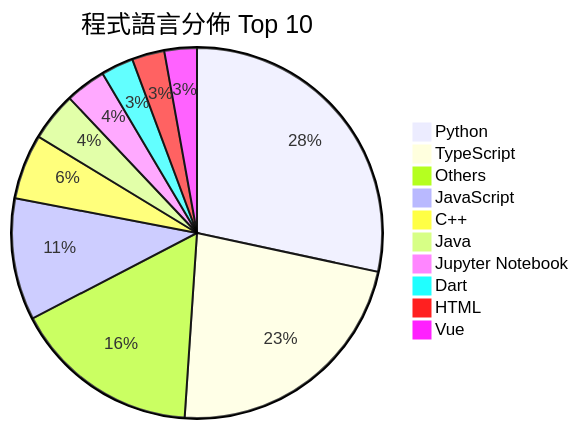
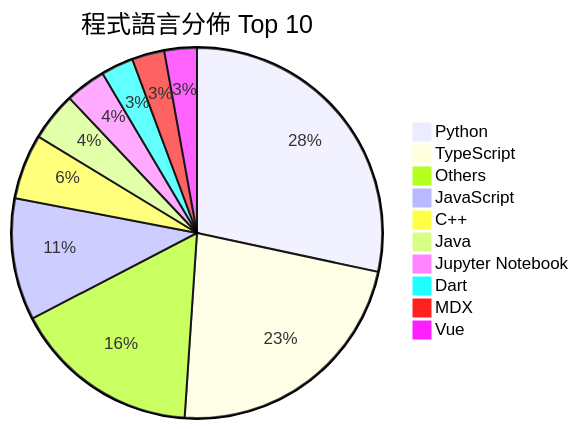
One commit to Andy87877/GitHub-Star-Manager changed the second of 2 diagrams in README.md. Above: the diagram before and after it, drawn with Mermaid. The commit also changed other lines of this file and 3 other files, not shown here.

````diff
--- a/README.md
+++ b/README.md
@@ -27,13 +27,13 @@
 ```mermaid
 pie title 程式語言分佈 Top 10
     "Python" : 40
     "TypeScript" : 32
     "Others" : 23
     "JavaScript" : 15
     "C++" : 8
     "Java" : 6
     "Jupyter Notebook" : 5
     "Dart" : 4
-    "HTML" : 4
+    "MDX" : 4
     "Vue" : 4
 ```
````
